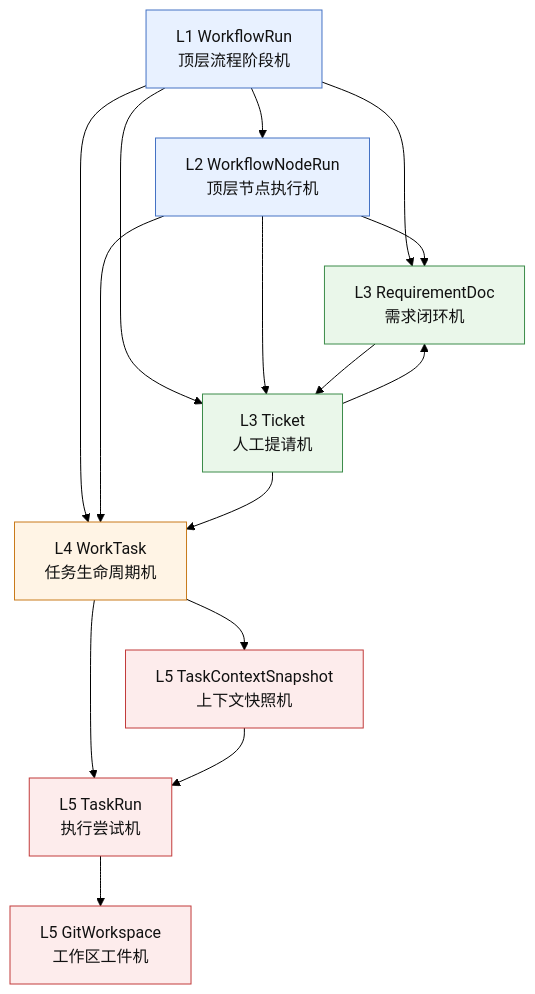
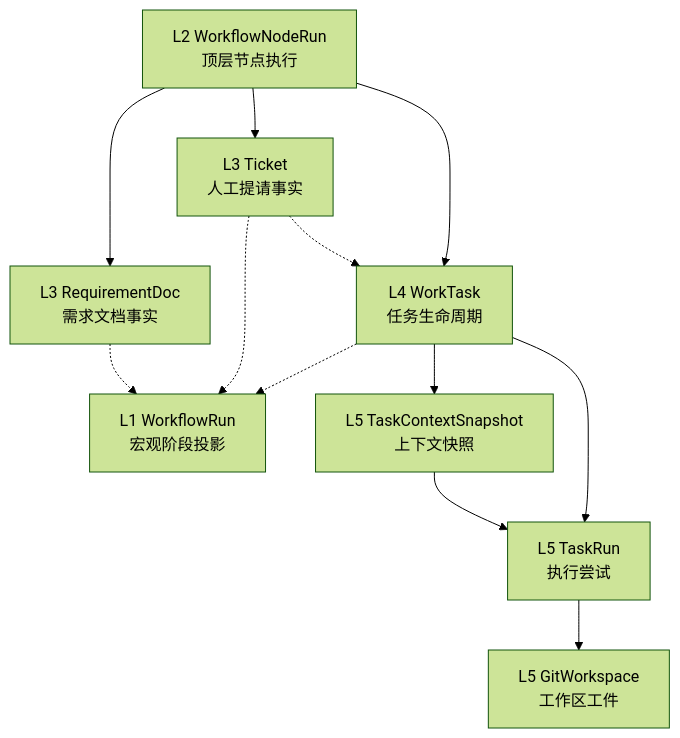
Before and after one commit to xilufeisaigao/AgentX: the first of 2 diagrams in docs/architecture/04-state-machine-layers.md, drawn with Mermaid (forest theme). The commit also changed other lines of this file and 7 other files, not shown here.

Commit message:
docs: consolidate architecture and state machine docs

````diff
--- a/docs/architecture/04-state-machine-layers.md
+++ b/docs/architecture/04-state-machine-layers.md
@@ -28,51 +18,32 @@
 ```mermaid
 flowchart TB
-  WF["L1 WorkflowRun
-  顶层流程阶段机"]
+  WR["L1 WorkflowRun
+  宏观阶段投影"]
+  NR["L2 WorkflowNodeRun
+  顶层节点执行"]
+  RD["L3 RequirementDoc
+  需求文档事实"]
+  TK["L3 Ticket
+  人工提请事实"]
+  WT["L4 WorkTask
+  任务生命周期"]
+  SNAP["L5 TaskContextSnapshot
+  上下文快照"]
+  RUN["L5 TaskRun
+  执行尝试"]
+  WS["L5 GitWorkspace
+  工作区工件"]
 
-  NODE["L2 WorkflowNodeRun
-  顶层节点执行机"]
+  NR --> RD
+  NR --> TK
+  NR --> WT
 
-  REQ["L3 RequirementDoc
-  需求闭环机"]
-  TICKET["L3 Ticket
-  人工提请机"]
-
-  TASK["L4 WorkTask
-  任务生命周期机"]
-
-  SNAP["L5 TaskContextSnapshot
-  上下文快照机"]
-  RUN["L5 TaskRun
-  执行尝试机"]
-  WS["L5 GitWorkspace
-  工作区工件机"]
-
-  WF --> NODE
-  WF --> REQ
-  WF --> TICKET
-  WF --> TASK
-
-  NODE --> REQ
-  NODE --> TICKET
-  NODE --> TASK
-
-  REQ --> TICKET
-  TICKET --> REQ
-  TICKET --> TASK
-
-  TASK --> SNAP
-  TASK --> RUN
+  RD -.-> WR
+  TK -.-> WR
+  WT -.-> WR
+  TK -.-> WT
+  WT --> SNAP
+  WT --> RUN
+  SNAP --> RUN
   RUN --> WS
-  SNAP --> RUN
-
-  classDef top fill:#E8F1FF,stroke:#4472C4,color:#111;
-  classDef intake fill:#EAF7EA,stroke:#3C8C4A,color:#111;
-  classDef plan fill:#FFF4E5,stroke:#C97A1A,color:#111;
-  classDef exec fill:#FDECEC,stroke:#C23B3B,color:#111;
-
-  class WF,NODE top;
-  class REQ,TICKET intake;
-  class TASK plan;
-  class SNAP,RUN,WS exec;
 ```
````
